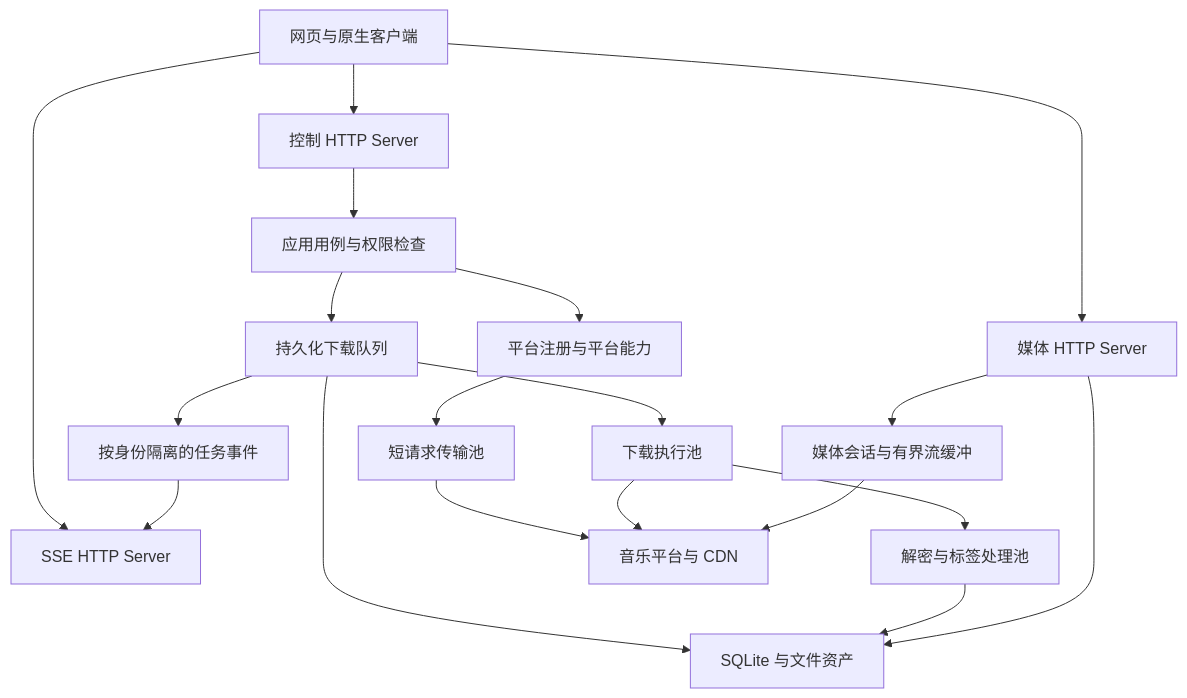
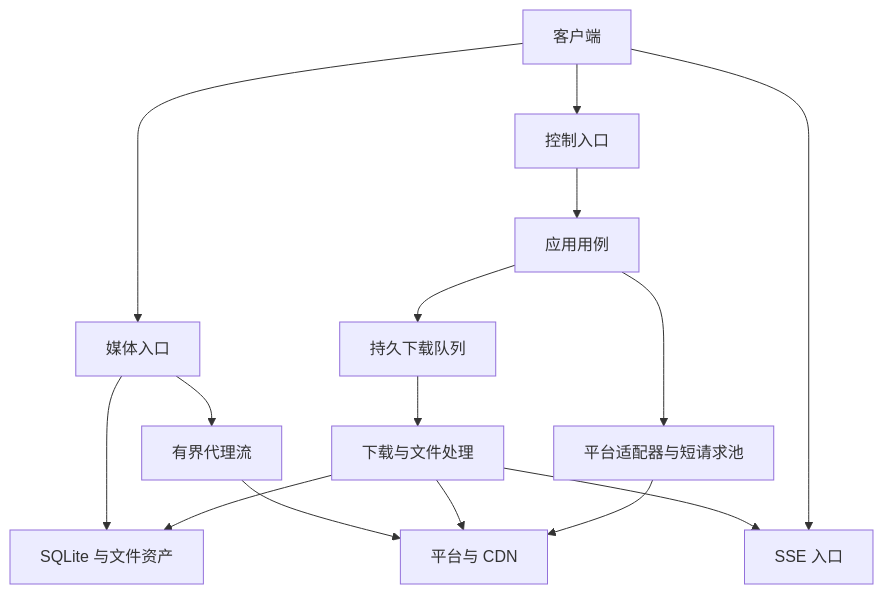
The diagram in docs/design/cpp20-refactor/backend-service/README.md (ddmoyu/music-service), drawn with Mermaid before and after one commit. The commit also changed other lines of this file and 15 other files, not shown here.

````diff
--- a/docs/design/cpp20-refactor/backend-service/README.md
+++ b/docs/design/cpp20-refactor/backend-service/README.md
@@ -54,21 +50,17 @@
 ```mermaid
 flowchart TD
-    Clients[网页与原生客户端] --> Control[控制 HTTP Server]
-    Clients --> MediaServer[媒体 HTTP Server]
-    Clients --> EventsServer[SSE HTTP Server]
-    Queue --> Events[按身份隔离的任务事件]
-    Events --> EventsServer
-    Control --> UseCases[应用用例与权限检查]
-    UseCases --> Providers[平台注册与平台能力]
-    Providers --> ShortIO[短请求传输池]
-    UseCases --> Queue[持久化下载队列]
-    Queue --> DownloadIO[下载执行池]
-    DownloadIO --> Processing[解密与标签处理池]
-    MediaServer --> MediaIO[媒体会话与有界流缓冲]
-    ShortIO --> Platform[音乐平台与 CDN]
-    DownloadIO --> Platform
-    MediaIO --> Platform
-    Queue --> Store[SQLite 与文件资产]
-    Processing --> Store
-    MediaServer --> Store
+    Clients[客户端] --> Control[控制入口]
+    Clients --> Media[媒体入口]
+    Clients --> Events[SSE 入口]
+    Control --> Services[应用用例]
+    Services --> Providers[平台适配器与短请求池]
+    Services --> Queue[持久下载队列]
+    Queue --> Runner[下载与文件处理]
+    Runner --> Store[SQLite 与文件资产]
+    Runner --> Events
+    Media --> Store
+    Media --> Bridge[有界代理流]
+    Providers --> Platform[平台与 CDN]
+    Runner --> Platform
+    Bridge --> Platform
 ```
````
